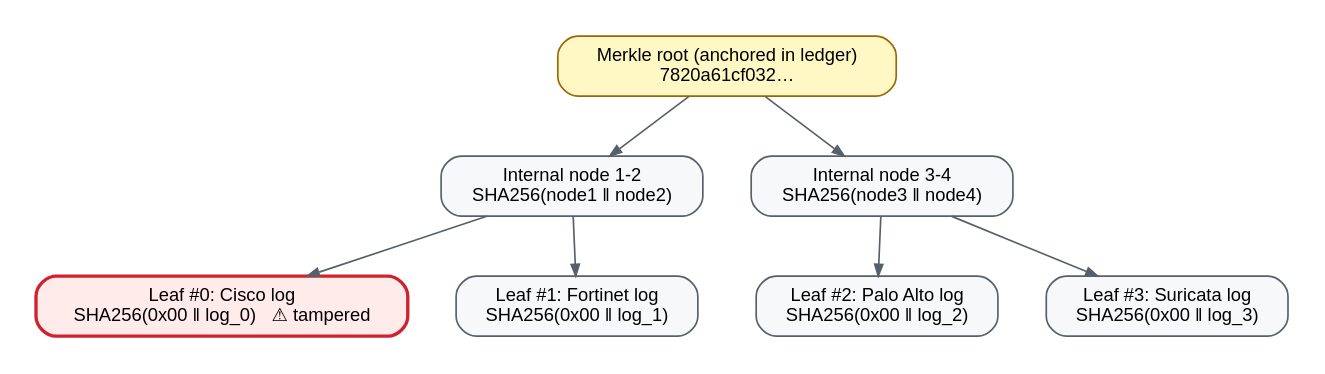
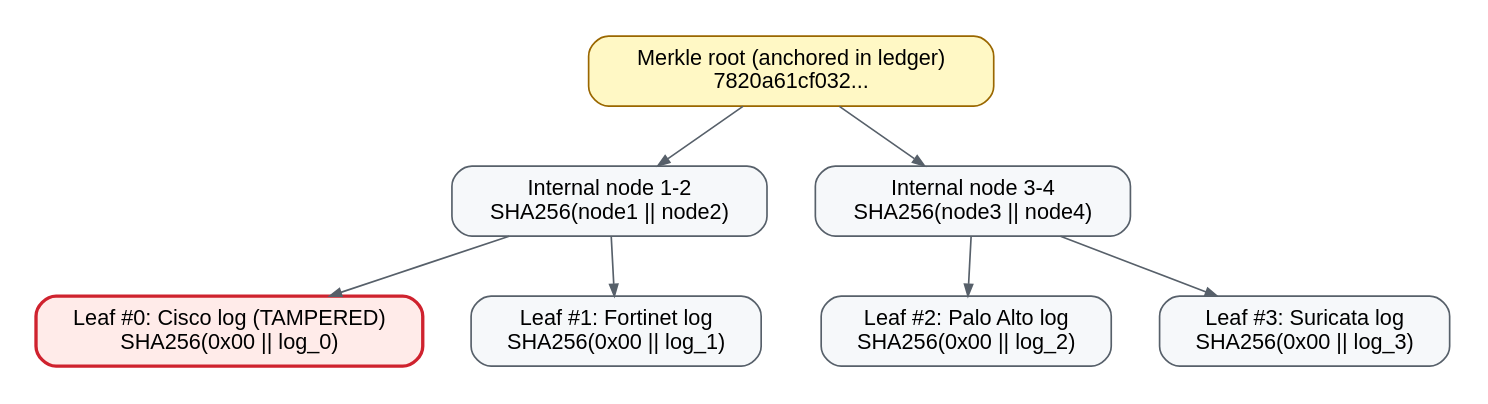
Before and after one commit to animishraa05/layaRustparser: the diagram in docs/diagrams/merkle-tree.dot, drawn with Graphviz. The commit also changed 11 other files, not shown here.

First line of the commit message:
docs(diagrams): rewrite 6 DOT labels to ASCII-only plain English

```diff
--- a/docs/diagrams/merkle-tree.dot
+++ b/docs/diagrams/merkle-tree.dot
@@ -1,22 +1,23 @@
-// RFC 6962 Merkle tree with a tampered leaf — source for docs/SIMPLIFIED_EXPLANATION_AND_BENCHMARKS.md §4.
+// RFC 6962 Merkle tree with a tampered leaf - source for docs/SIMPLIFIED_EXPLANATION_AND_BENCHMARKS.md section 4.
 // Regenerate: dot -Tsvg docs/diagrams/merkle-tree.dot -o docs/diagrams/merkle-tree.svg
+// Rule: ASCII-only label text (no unicode symbols - some renderers show tofu).
 digraph merkle_tree {
   graph [rankdir=TB, bgcolor="white", pad="0.2", nodesep="0.4", ranksep="0.5", fontname="Helvetica"];
-  node [shape="box", style="filled,rounded", fillcolor="#f6f8fa", color="#57606a", fontname="Helvetica", fontsize="11", margin="0.16,0.09"];
-  edge [color="#57606a", fontname="Helvetica", fontsize="10", arrowsize="0.7"];
+  node [shape="box", style="filled,rounded", fillcolor="#f6f8fa", color="#57606a", fontname="Helvetica", fontsize="13", margin="0.18,0.10"];
+  edge [color="#57606a", fontname="Helvetica", fontsize="11", arrowsize="0.7"];
 
-  root [label="Merkle root (anchored in ledger)\n7820a61cf032…", fillcolor="#fff8c5", color="#9a6700"];
-  h12  [label="Internal node 1-2\nSHA256(node1 ‖ node2)"];
-  h34  [label="Internal node 3-4\nSHA256(node3 ‖ node4)"];
-  l1   [label="Leaf #0: Cisco log\nSHA256(0x00 ‖ log_0)   ⚠ tampered", fillcolor="#ffebe9", color="#cf222e", penwidth=2];
-  l2   [label="Leaf #1: Fortinet log\nSHA256(0x00 ‖ log_1)"];
-  l3   [label="Leaf #2: Palo Alto log\nSHA256(0x00 ‖ log_2)"];
-  l4   [label="Leaf #3: Suricata log\nSHA256(0x00 ‖ log_3)"];
+  root [label="Merkle root (anchored in ledger)\n7820a61cf032...", fillcolor="#fff8c5", color="#9a6700"];
+  h12  [label="Internal node 1-2\nSHA256(node1 || node2)"];
+  h34  [label="Internal node 3-4\nSHA256(node3 || node4)"];
+  l1   [label="Leaf #0: Cisco log (TAMPERED)\nSHA256(0x00 || log_0)", fillcolor="#ffebe9", color="#cf222e", penwidth=2];
+  l2   [label="Leaf #1: Fortinet log\nSHA256(0x00 || log_1)"];
+  l3   [label="Leaf #2: Palo Alto log\nSHA256(0x00 || log_2)"];
+  l4   [label="Leaf #3: Suricata log\nSHA256(0x00 || log_3)"];
 
   root -> h12;
   root -> h34;
   h12 -> l1;
   h12 -> l2;
   h34 -> l3;
   h34 -> l4;
 }
```
